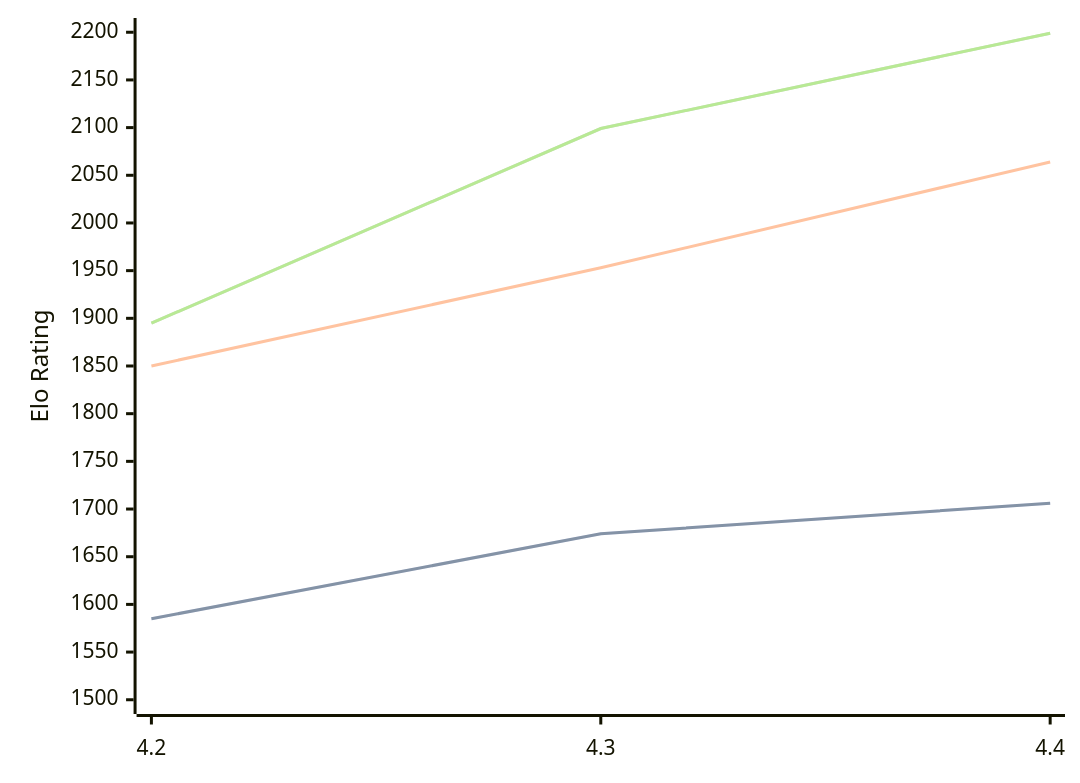
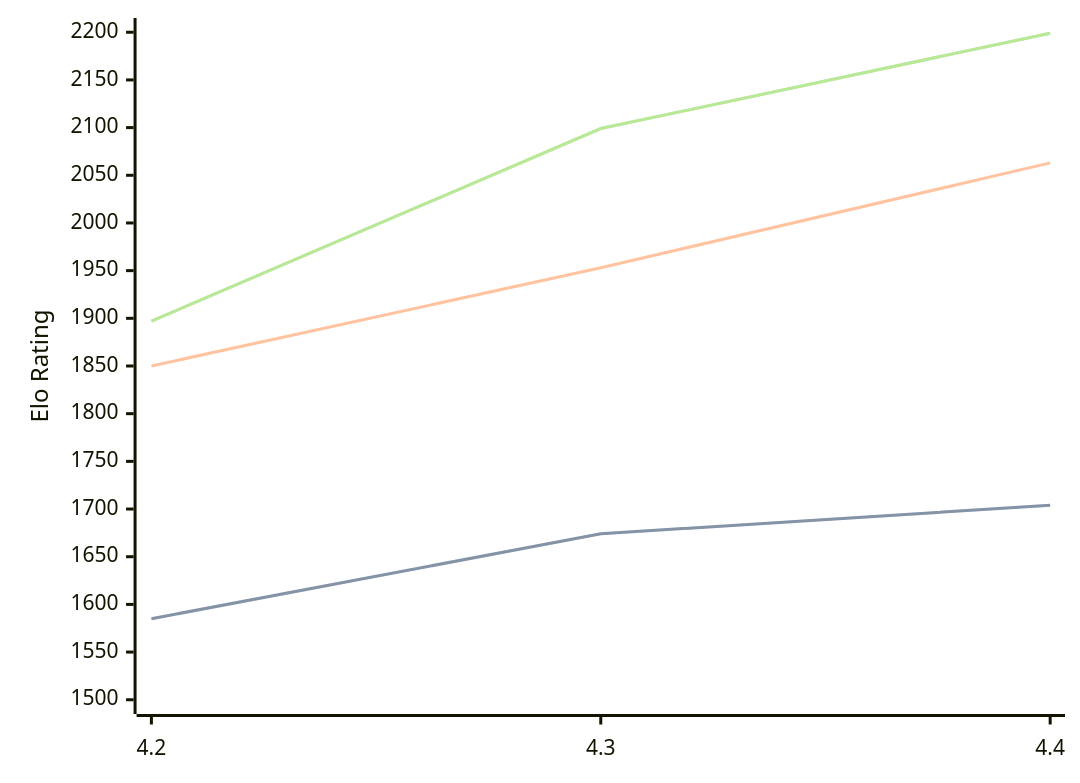
Before and after one commit to computer-chess-index/cci: the diagram in engines/Radiance.md, drawn with Mermaid. The commit also changed other lines of this file, not shown here.

Commit message:
Update CCI Ratings (ELO VLTC) - 2026-09-08

````diff
--- a/engines/Radiance.md
+++ b/engines/Radiance.md
@@ -33,11 +33,11 @@
 ```mermaid
 %%{init: {"theme":"base","themeVariables":{"seriesColors:['#a3a3a3','#222221','#faa371']}}}%%
 xychart-beta
   x-axis ["4.2", "4.3", "4.4"]
   y-axis "Elo Rating" 1500 --> 2200
-  line "" [1585, 1674, 1706]
-  line "STC (8.0+0.08s)" [1585, 1674, 1706]
-  line "LTC (60.0+0.60s)" [1850, 1953, 2064]
-  line "" [1895, 2099, 2199]
-  line "VLTC (2m24s+1.12s)" [1895, 2099, 2199]
+  line "" [1585, 1674, 1704]
+  line "STC (8.0+0.08s)" [1585, 1674, 1704]
+  line "LTC (60.0+0.60s)" [1850, 1953, 2063]
+  line "" [1897, 2099, 2199]
+  line "VLTC (2m24s+1.12s)" [1897, 2099, 2199]
 ```
````
